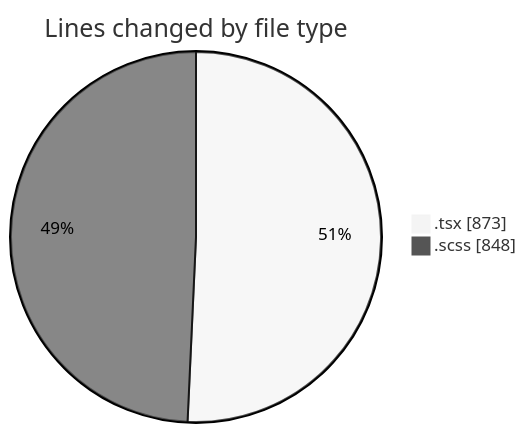
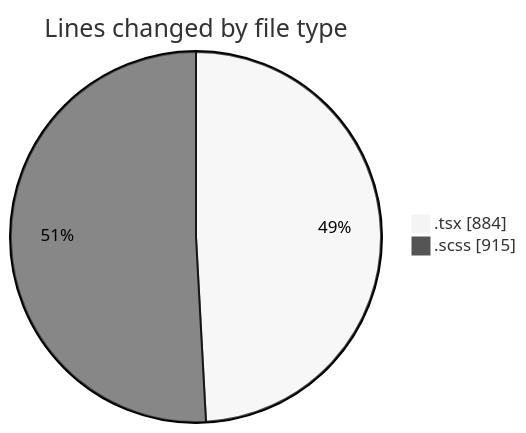
One commit to momahboobian/code-tracking changed the first of 2 diagrams in 2025-03-27/cda/README.md. Above: the diagram before and after it, drawn with Mermaid (neutral theme). The commit also changed other lines of this file and 1 other file, not shown here.

````diff
--- a/2025-03-27/cda/README.md
+++ b/2025-03-27/cda/README.md
@@ -23,6 +24,6 @@
 ```mermaid
 pie showData
 title Lines changed by file type
-".tsx" : 873
-".scss" : 848
+".tsx" : 884
+".scss" : 915
 ```
````
